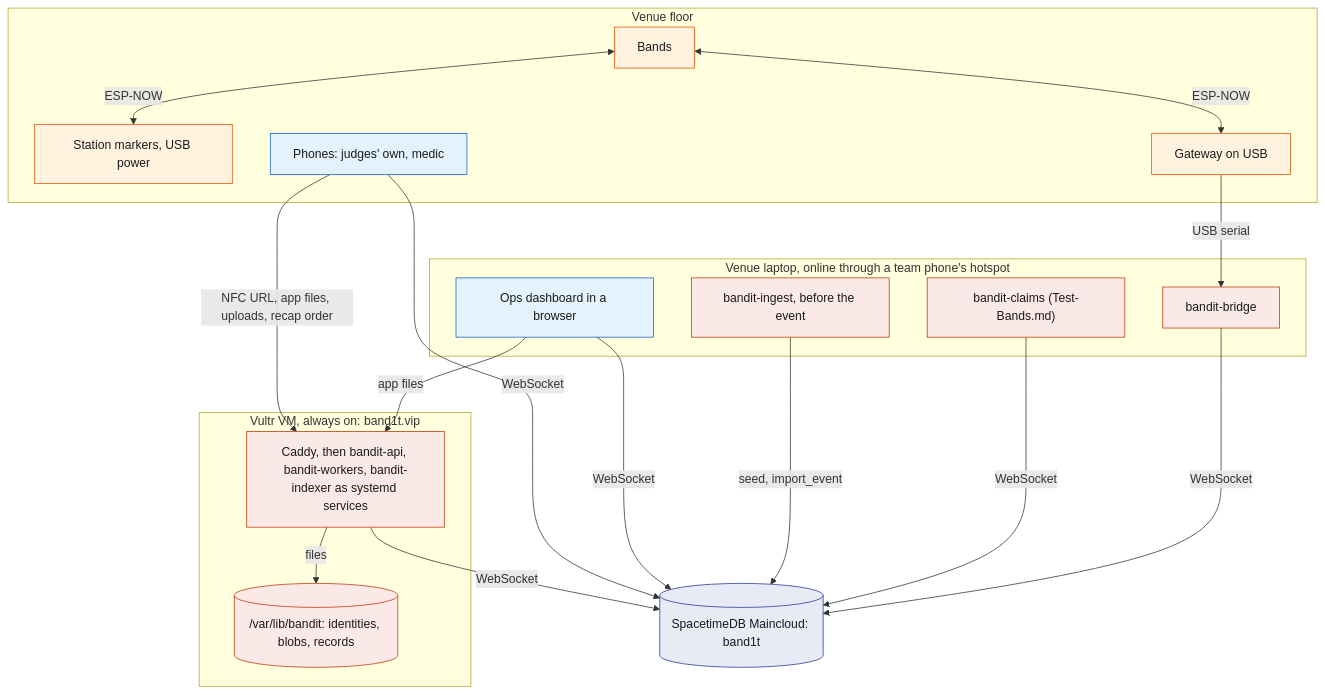
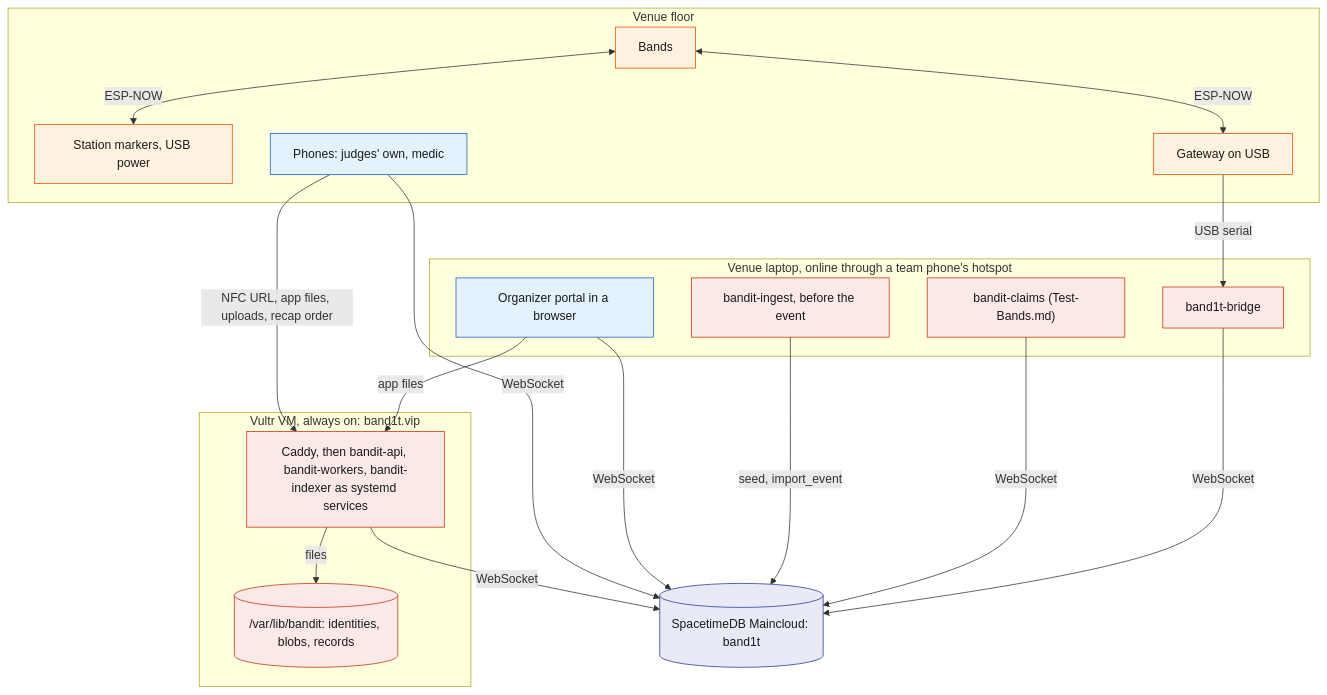
Before and after one commit to viktorinkov/cal-hacks-13: the fifth of 5 diagrams in System Design/1-overview/Architecture.md, drawn with Mermaid. The commit also changed other lines of this file and 26 other files, not shown here.

````diff
--- a/System Design/1-overview/Architecture.md
+++ b/System Design/1-overview/Architecture.md
@@ -278,42 +291,42 @@
 ```mermaid
 flowchart TB
   subgraph Floor["Venue floor"]
     Bands["Bands"]
-    Stations["Station markers, USB power"]
+    StationMarkers["Station markers, USB power"]
     Gateway["Gateway on USB"]
     Phones["Phones: judges' own, medic"]
   end
   subgraph Laptop["Venue laptop, online through a team phone's hotspot"]
-    Bridge["bandit-bridge"]
+    Bridge["band1t-bridge"]
     Sim["bandit-claims (Test-Bands.md)"]
     Ingest["bandit-ingest, before the event"]
-    OpsUI["Ops dashboard in a browser"]
+    OpsUI["Organizer portal in a browser"]
   end
   subgraph VM["Vultr VM, always on: band1t.vip"]
     Svc["Caddy, then bandit-api, bandit-workers, bandit-indexer as systemd services"]
     Vol[("/var/lib/bandit: identities, blobs, records")]
   end
-  Maincloud[("SpacetimeDB Maincloud: band1t")]
+  STDBCloud[("SpacetimeDB Maincloud: band1t")]
 
-  Bands <-->|"ESP-NOW"| Stations
+  Bands <-->|"ESP-NOW"| StationMarkers
   Bands <-->|"ESP-NOW"| Gateway
   Gateway -->|"USB serial"| Bridge
-  Bridge -->|"WebSocket"| Maincloud
-  Sim -->|"WebSocket"| Maincloud
-  Ingest -->|"seed, import_event"| Maincloud
-  OpsUI -->|"WebSocket"| Maincloud
+  Bridge -->|"WebSocket"| STDBCloud
+  Sim -->|"WebSocket"| STDBCloud
+  Ingest -->|"seed, import_event"| STDBCloud
+  OpsUI -->|"WebSocket"| STDBCloud
   OpsUI -->|"app files"| Svc
   Phones -->|"NFC URL, app files, uploads, recap order"| Svc
-  Phones -->|"WebSocket"| Maincloud
-  Svc -->|"WebSocket"| Maincloud
+  Phones -->|"WebSocket"| STDBCloud
+  Svc -->|"WebSocket"| STDBCloud
   Svc -->|"files"| Vol
 
   classDef device fill:#FFF3E0,stroke:#E65100,color:#1A1A1A
   classDef rust fill:#FBE9E7,stroke:#BF360C,color:#1A1A1A
   classDef stdb fill:#E8EAF6,stroke:#283593,color:#1A1A1A
   classDef web fill:#E3F2FD,stroke:#1565C0,color:#1A1A1A
-  class Bands,Stations,Gateway device
+  class Bands,StationMarkers,Gateway device
   class Bridge,Sim,Ingest,Svc,Vol rust
-  class Maincloud stdb
+  class STDBCloud stdb
   class Phones,OpsUI web
 ```
````
